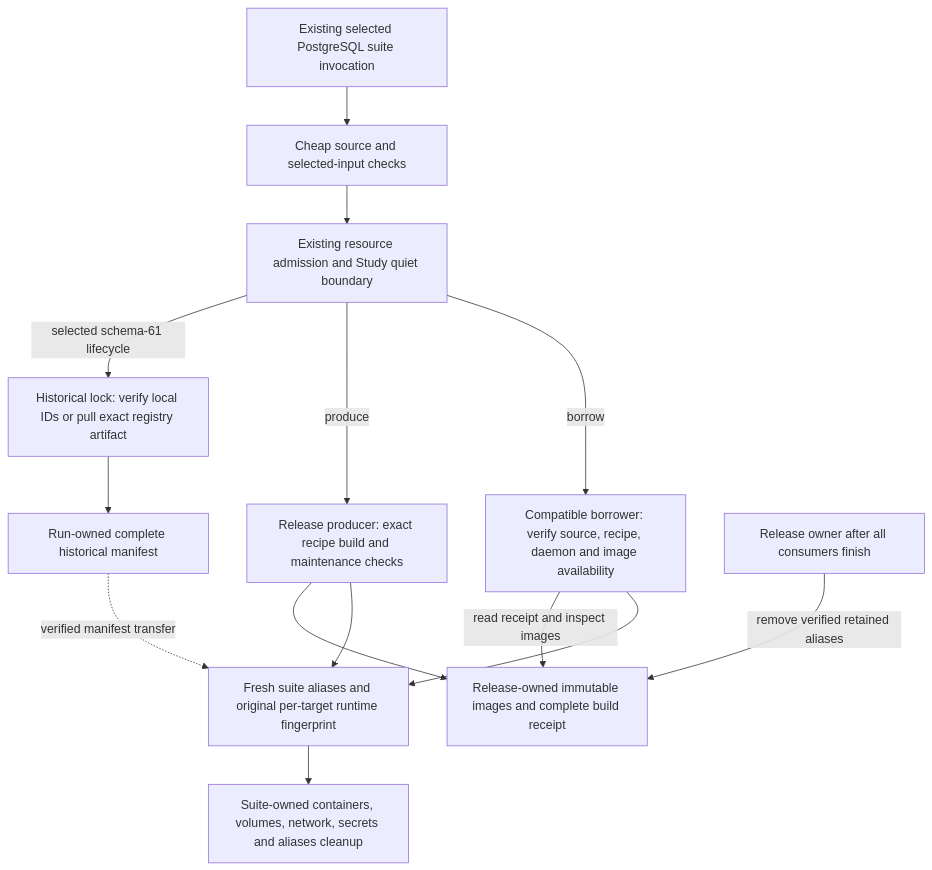
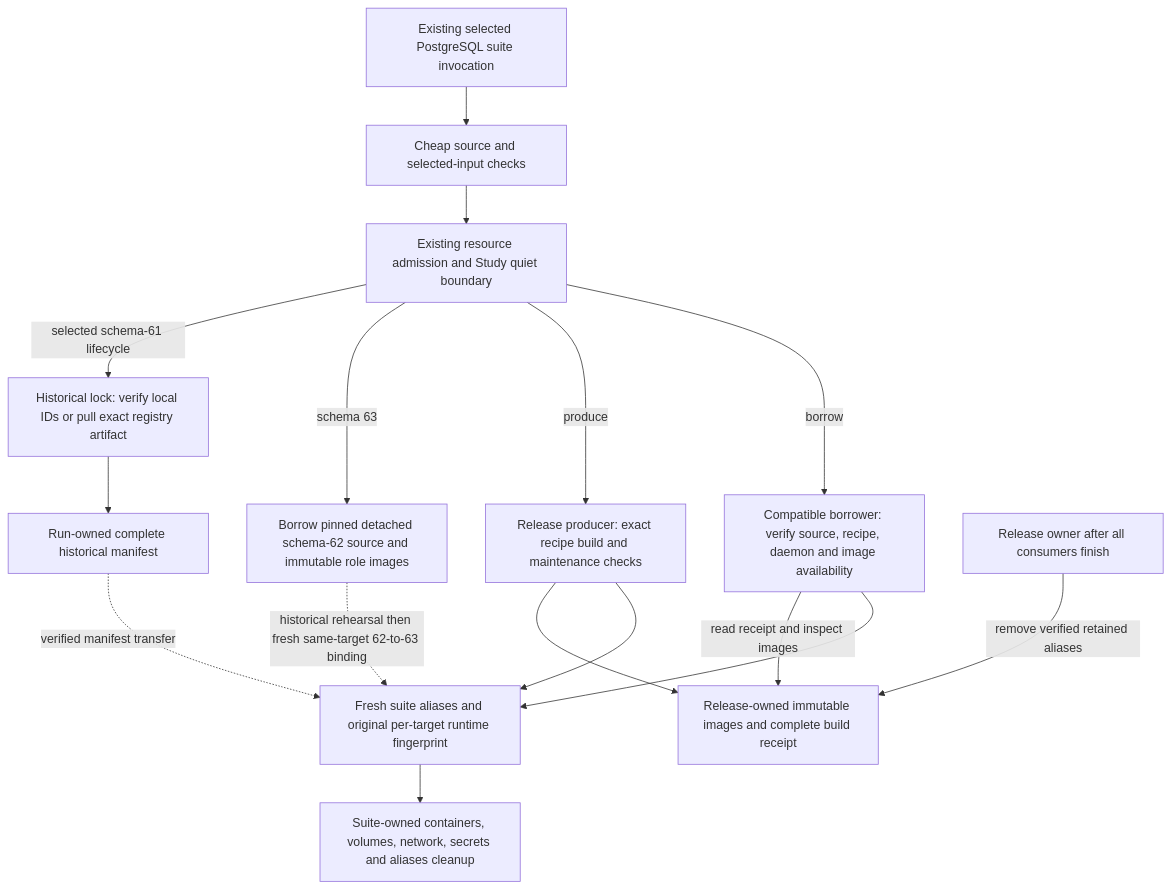
One commit to aaweaver-actuary/tempo changed the third of 4 diagrams in scripts/README.md. Above: the diagram before and after it, drawn with Mermaid. The commit also changed other lines of this file and 2 other files, not shown here.

Commit message:
Document supported historical to schema-63 verification bridge

````diff
--- a/scripts/README.md
+++ b/scripts/README.md
@@ -330,16 +363,18 @@
 ```mermaid
 flowchart TD
     Runner["Existing selected PostgreSQL suite invocation"] --> Inputs["Cheap source and selected-input checks"]
     Inputs --> Budget["Existing resource admission and Study quiet boundary"]
     Budget -->|"selected schema-61 lifecycle"| Historical["Historical lock: verify local IDs or pull exact registry artifact"]
     Historical --> Manifest["Run-owned complete historical manifest"]
+    Budget -->|"schema 63"| Bridge["Borrow pinned detached schema-62 source and immutable role images"]
     Budget -->|"produce"| Producer["Release producer: exact recipe build and maintenance checks"]
     Producer --> Artifacts["Release-owned immutable images and complete build receipt"]
     Budget -->|"borrow"| Borrower["Compatible borrower: verify source, recipe, daemon and image availability"]
     Borrower -->|"read receipt and inspect images"| Artifacts
     Borrower --> Runtime["Fresh suite aliases and original per-target runtime fingerprint"]
     Producer --> Runtime
     Manifest -.->|"verified manifest transfer"| Runtime
+    Bridge -.->|"historical rehearsal then fresh same-target 62-to-63 binding"| Runtime
     Runtime --> SuiteCleanup["Suite-owned containers, volumes, network, secrets and aliases cleanup"]
     ReleaseCleanup["Release owner after all consumers finish"] -->|"remove verified retained aliases"| Artifacts
 ```
````
